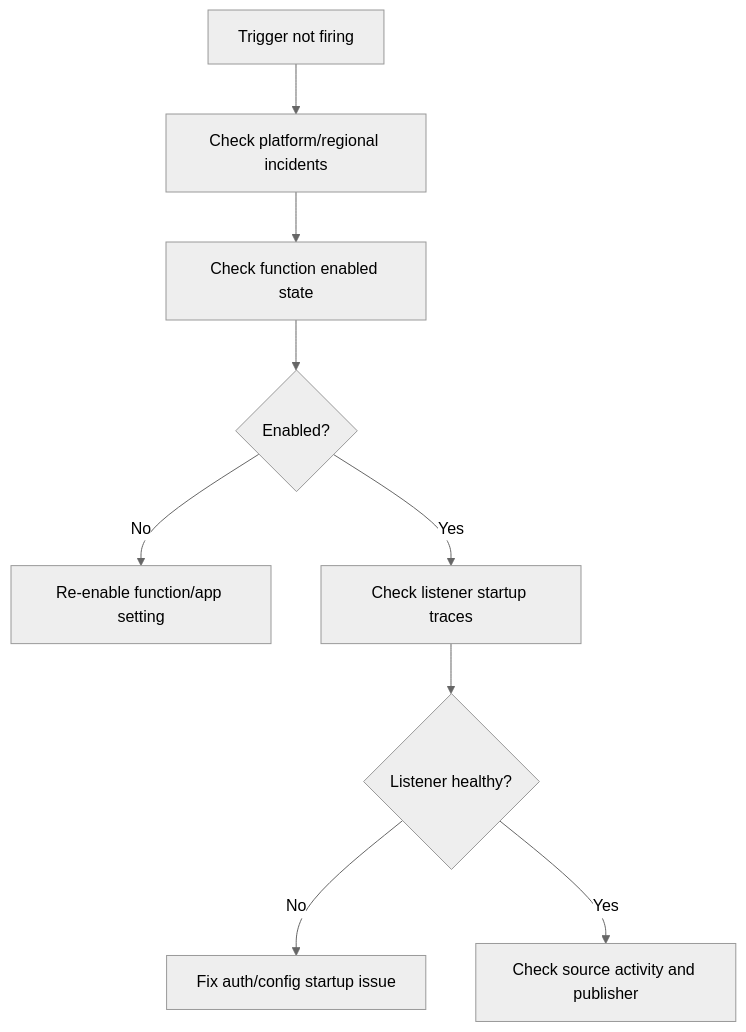
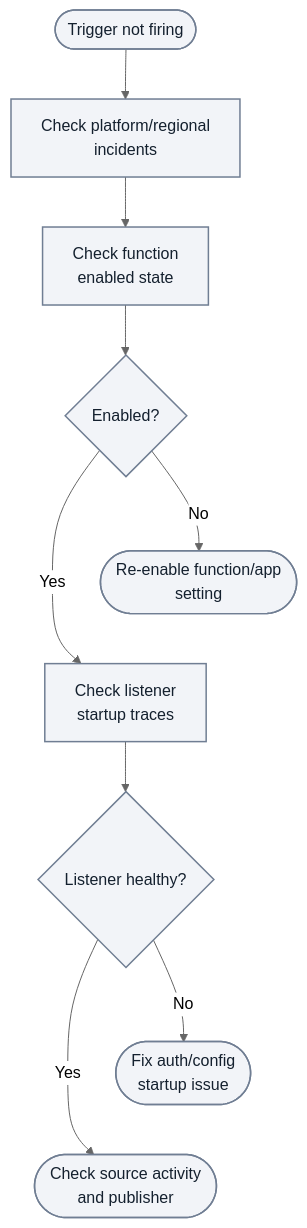
One commit to yeongseon/azure-functions-practical-guide changed the diagram in docs/troubleshooting/first-10-minutes/triggers-not-firing.md. Above: the diagram before and after it, drawn with Mermaid (neutral theme). The commit also changed other lines of this file and 4 other files, not shown here.

First line of the commit message:
docs(diagrams): migrate Functions troubleshooting overview — index and scaling issues and related diagnostics (#448)

````diff
--- a/docs/troubleshooting/first-10-minutes/triggers-not-firing.md
+++ b/docs/troubleshooting/first-10-minutes/triggers-not-firing.md
@@ -80,11 +80,18 @@
 ```mermaid
 flowchart TD
-    A[Trigger not firing] --> B["Check platform/regional incidents"]
-    B --> C[Check function enabled state]
+    accTitle: Trigger not firing first-response decisions
+    accDescr: Illustrative triage starts with platform or regional incidents and function enablement. Disabled leads to re-enabling the function by setting AzureWebJobs.<FUNCTION_NAME>.Disabled to false; enabled leads to listener startup traces. An unhealthy listener leads to auth or configuration startup checks; a healthy listener leads to source activity and publisher checks. These are suggested checks, not confirmed causes.
+    A(["Trigger not firing"]) --> B["Check platform/regional<br/>incidents"]
+    B --> C["Check function<br/>enabled state"]
     C --> D{Enabled?}
-    D -->|No| E["Re-enable function/app setting"]
-    D -->|Yes| F[Check listener startup traces]
+    D -->|No| E(["Re-enable function/app<br/>setting"])
+    D -->|Yes| F["Check listener<br/>startup traces"]
     F --> G{Listener healthy?}
-    G -->|No| H["Fix auth/config startup issue"]
-    G -->|Yes| I[Check source activity and publisher]
+    G -->|No| H(["Fix auth/config<br/>startup issue"])
+    G -->|Yes| I(["Check source activity<br/>and publisher"])
+    %% Layout-only links tier the branches; they add no diagnostic steps or arrows.
+    E ~~~ F
+    H ~~~ I
+    classDef neutral fill:#f2f4f8,stroke:#707e93,stroke-width:1.5px,color:#14202e;
+    class A,B,C,D,E,F,G,H,I neutral;
 ```
````
